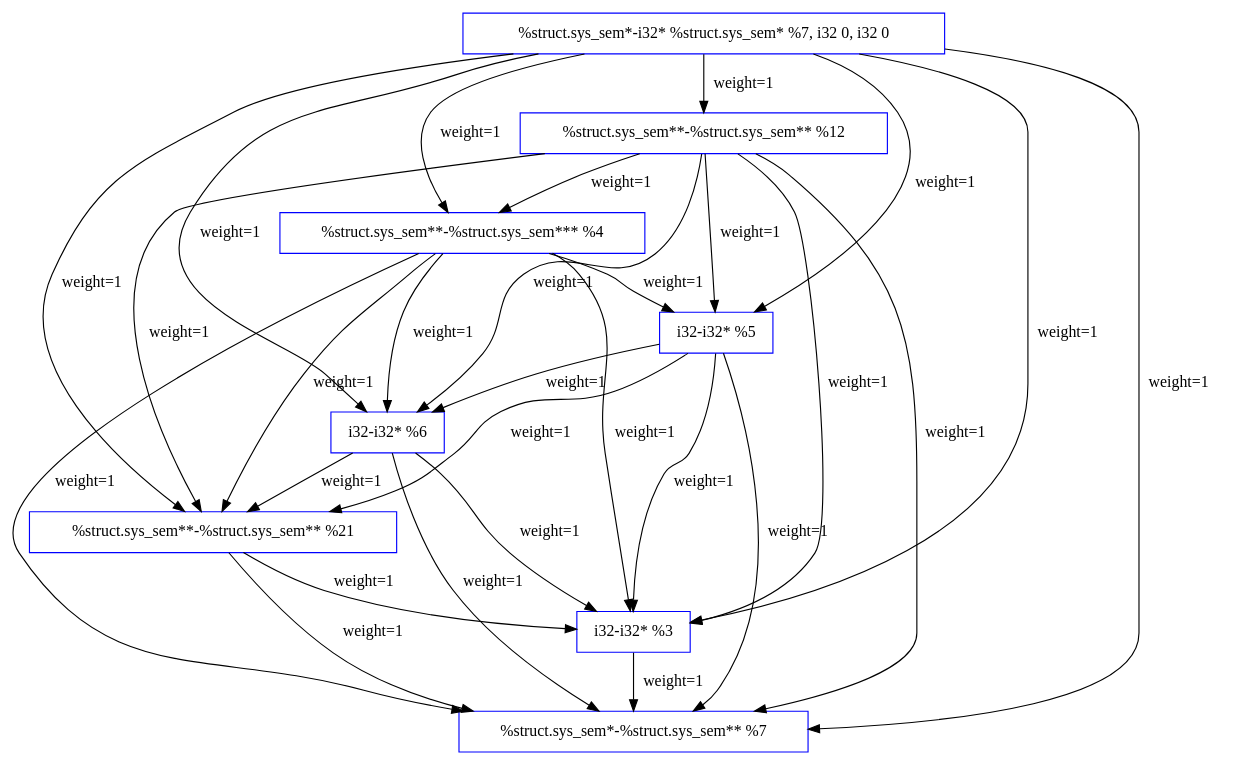
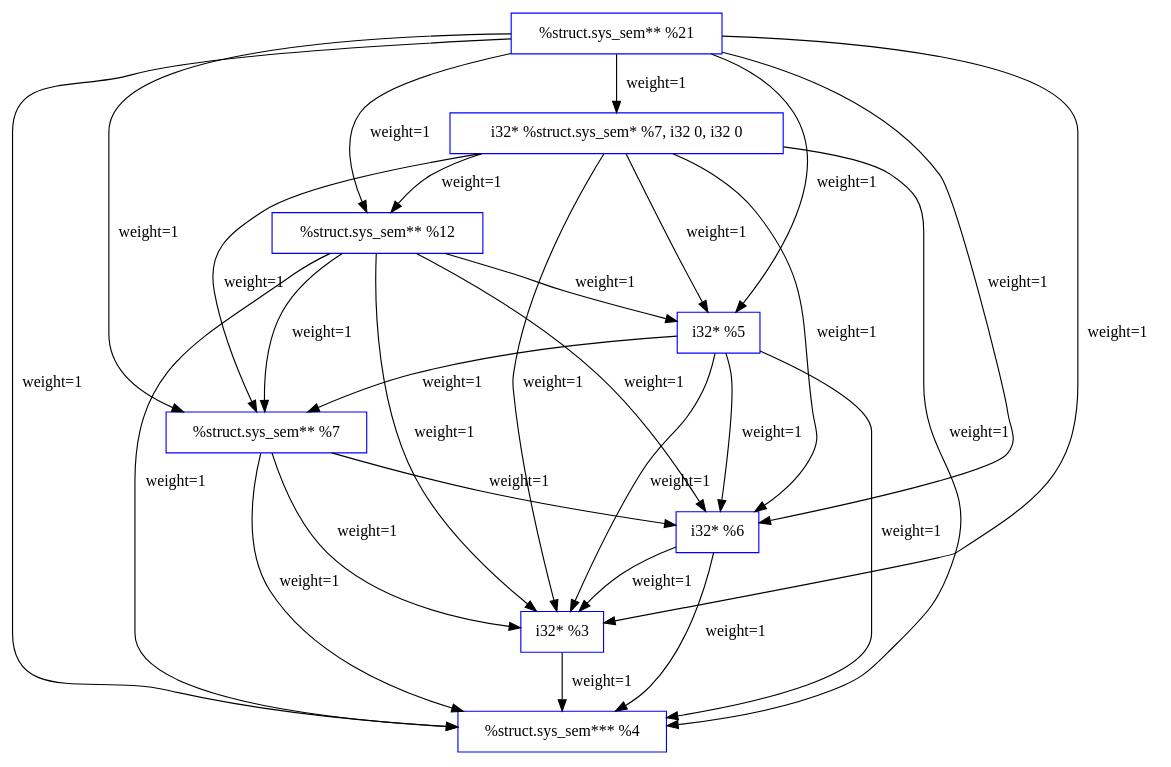
One commit to albaq77/GenerateDFG changed the diagram in input/lwip/sys_arch_sem_wait_variable_access_graph.dot. Above: the diagram before and after it, drawn with Graphviz. The commit also changed 187 other files, not shown here.

```diff
--- a/input/lwip/sys_arch_sem_wait_variable_access_graph.dot
+++ b/input/lwip/sys_arch_sem_wait_variable_access_graph.dot
@@ -1,38 +1,38 @@
 strict digraph sys_arch_sem_wait {
-  1 [label="%struct.sys_sem**-%struct.sys_sem** %12", size=96, color=blue, shape=record];
-  2 [label="%struct.sys_sem**-%struct.sys_sem** %21", size=96, color=blue, shape=record];
-  3 [label="%struct.sys_sem**-%struct.sys_sem*** %4", size=96, color=blue, shape=record];
-  4 [label="%struct.sys_sem*-%struct.sys_sem** %7", size=96, color=blue, shape=record];
-  5 [label="%struct.sys_sem*-i32* %struct.sys_sem* %7, i32 0, i32 0", size=4, color=blue, shape=record];
-  6 [label="i32-i32* %3", size=4, color=blue, shape=record];
-  7 [label="i32-i32* %5", size=4, color=blue, shape=record];
-  8 [label="i32-i32* %6", size=4, color=blue, shape=record];
+  1 [label="%struct.sys_sem** %12", size=96, color=blue, shape=record];
+  2 [label="%struct.sys_sem** %21", size=96, color=blue, shape=record];
+  3 [label="%struct.sys_sem** %7", size=96, color=blue, shape=record];
+  4 [label="%struct.sys_sem*** %4", size=96, color=blue, shape=record];
+  5 [label="i32* %3", size=4, color=blue, shape=record];
+  6 [label="i32* %5", size=4, color=blue, shape=record];
+  7 [label="i32* %6", size=4, color=blue, shape=record];
+  8 [label="i32* %struct.sys_sem* %7, i32 0, i32 0", size=4, color=blue, shape=record];
+  6 -> 4 [label="weight=1", weight="1"];
+  7 -> 4 [label="weight=1", weight="1"];
+  6 -> 7 [label="weight=1", weight="1"];
+  1 -> 4 [label="weight=1", weight="1"];
+  1 -> 6 [label="weight=1", weight="1"];
+  1 -> 7 [label="weight=1", weight="1"];
+  3 -> 4 [label="weight=1", weight="1"];
+  6 -> 3 [label="weight=1", weight="1"];
   3 -> 7 [label="weight=1", weight="1"];
-  3 -> 8 [label="weight=1", weight="1"];
-  7 -> 8 [label="weight=1", weight="1"];
   1 -> 3 [label="weight=1", weight="1"];
-  1 -> 7 [label="weight=1", weight="1"];
-  1 -> 8 [label="weight=1", weight="1"];
-  3 -> 4 [label="weight=1", weight="1"];
-  7 -> 4 [label="weight=1", weight="1"];
-  8 -> 4 [label="weight=1", weight="1"];
-  1 -> 4 [label="weight=1", weight="1"];
-  3 -> 6 [label="weight=1", weight="1"];
-  7 -> 6 [label="weight=1", weight="1"];
-  8 -> 6 [label="weight=1", weight="1"];
-  1 -> 6 [label="weight=1", weight="1"];
-  6 -> 4 [label="weight=1", weight="1"];
-  3 -> 2 [label="weight=1", weight="1"];
-  7 -> 2 [label="weight=1", weight="1"];
-  8 -> 2 [label="weight=1", weight="1"];
-  1 -> 2 [label="weight=1", weight="1"];
+  5 -> 4 [label="weight=1", weight="1"];
+  6 -> 5 [label="weight=1", weight="1"];
+  7 -> 5 [label="weight=1", weight="1"];
+  1 -> 5 [label="weight=1", weight="1"];
+  3 -> 5 [label="weight=1", weight="1"];
   2 -> 4 [label="weight=1", weight="1"];
   2 -> 6 [label="weight=1", weight="1"];
-  5 -> 3 [label="weight=1", weight="1"];
-  5 -> 7 [label="weight=1", weight="1"];
-  5 -> 8 [label="weight=1", weight="1"];
-  5 -> 1 [label="weight=1", weight="1"];
-  5 -> 4 [label="weight=1", weight="1"];
-  5 -> 6 [label="weight=1", weight="1"];
-  5 -> 2 [label="weight=1", weight="1"];
+  2 -> 7 [label="weight=1", weight="1"];
+  2 -> 1 [label="weight=1", weight="1"];
+  2 -> 3 [label="weight=1", weight="1"];
+  2 -> 5 [label="weight=1", weight="1"];
+  8 -> 4 [label="weight=1", weight="1"];
+  8 -> 6 [label="weight=1", weight="1"];
+  8 -> 7 [label="weight=1", weight="1"];
+  8 -> 1 [label="weight=1", weight="1"];
+  8 -> 3 [label="weight=1", weight="1"];
+  8 -> 5 [label="weight=1", weight="1"];
+  2 -> 8 [label="weight=1", weight="1"];
 }
```
